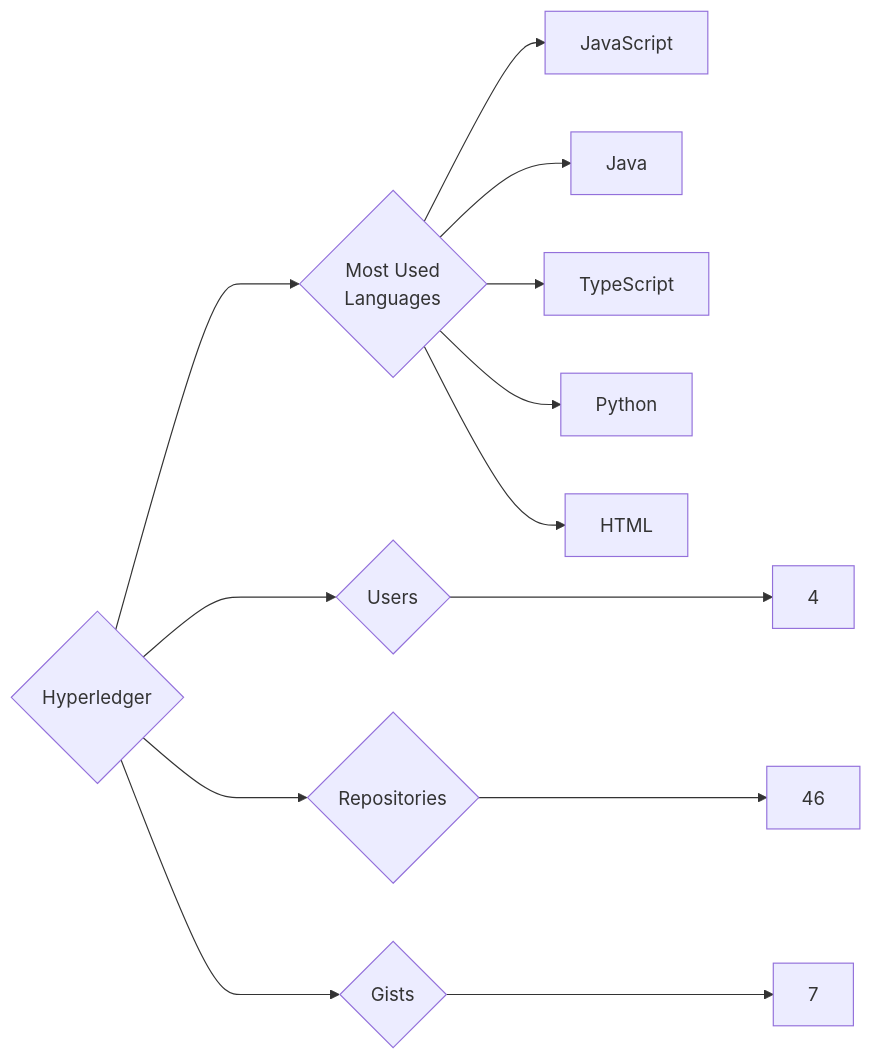
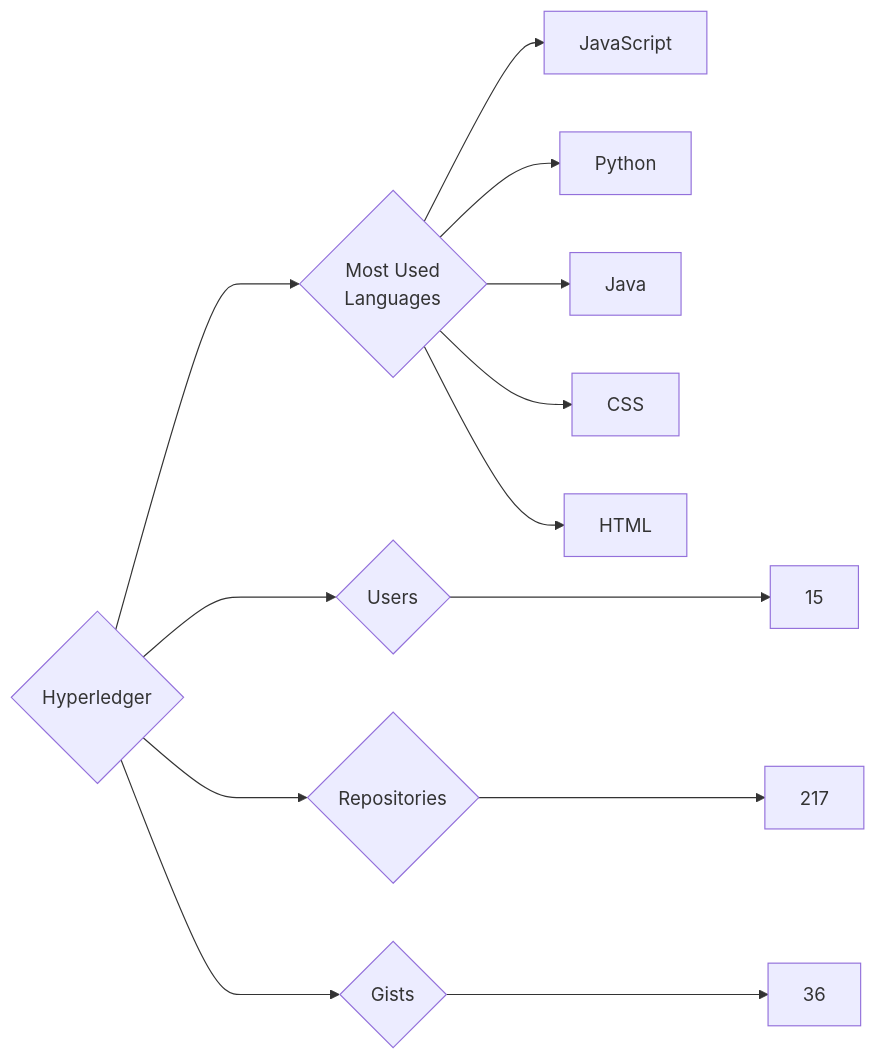
The diagram in targets/Hyperledger/README.md (trickest/insiders), drawn with Mermaid before and after one commit. The commit also changed 993 other files, not shown here.

````diff
--- a/targets/Hyperledger/README.md
+++ b/targets/Hyperledger/README.md
@@ -3,13 +3,13 @@
 ```mermaid
 graph LR
 COMPANY_NAME{Hyperledger}
-COMPANY_NAME ---> U{Users} ---> UN[4]
-COMPANY_NAME ---> R{Repositories} ---> RN[46]
-COMPANY_NAME ---> G{Gists} ---> GN[7]
+COMPANY_NAME ---> U{Users} ---> UN[15]
+COMPANY_NAME ---> R{Repositories} ---> RN[217]
+COMPANY_NAME ---> G{Gists} ---> GN[36]
 COMPANY_NAME ---> ML{Most Used<br>Languages}
 ML --> JavaScript[JavaScript]
+ML --> Python[Python]
 ML --> Java[Java]
-ML --> TypeScript[TypeScript]
-ML --> Python[Python]
+ML --> CSS[CSS]
 ML --> HTML[HTML]
 ```
````
